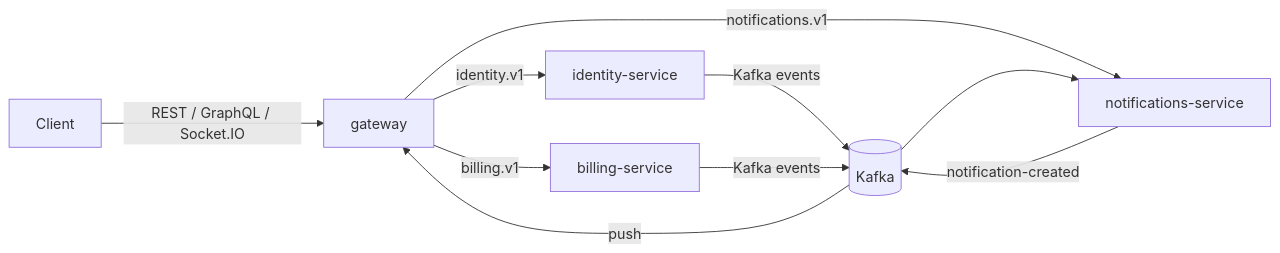
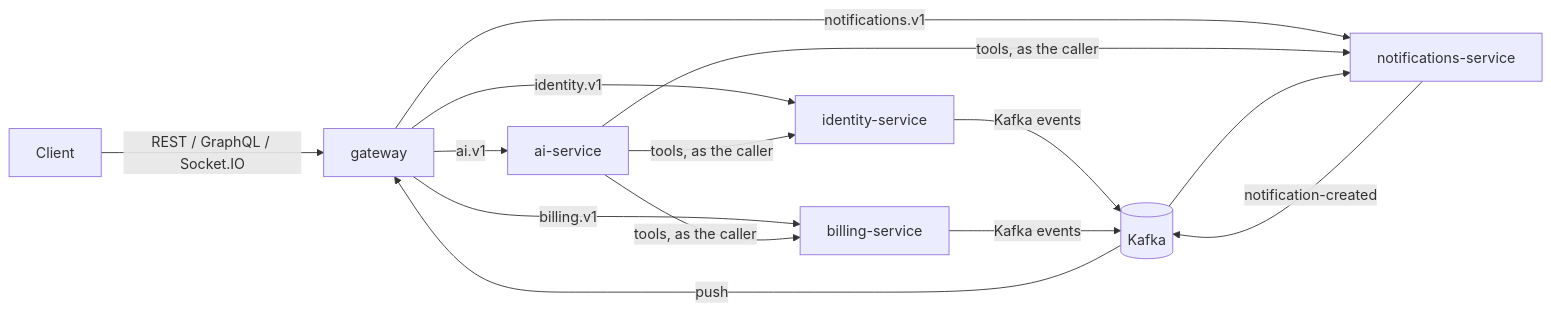
Before and after one commit to alonecandies/nestjs-boilerplate: the first of 2 diagrams in docs/API.md, drawn with Mermaid. The commit also changed other lines of this file and 13 other files, not shown here.

````diff
--- a/docs/API.md
+++ b/docs/API.md
@@ -705,11 +768,13 @@
 ```mermaid
 flowchart LR
   C[Client] -->|REST / GraphQL / Socket.IO| G[gateway]
   G -->|identity.v1| I[identity-service]
   G -->|notifications.v1| N[notifications-service]
   G -->|billing.v1| B[billing-service]
+  G -->|ai.v1| A[ai-service]
+  A -->|tools, as the caller| I & N & B
   I & B -->|Kafka events| K[(Kafka)]
   K --> N
   N -->|notification-created| K
   K -->|push| G
 ```
````
